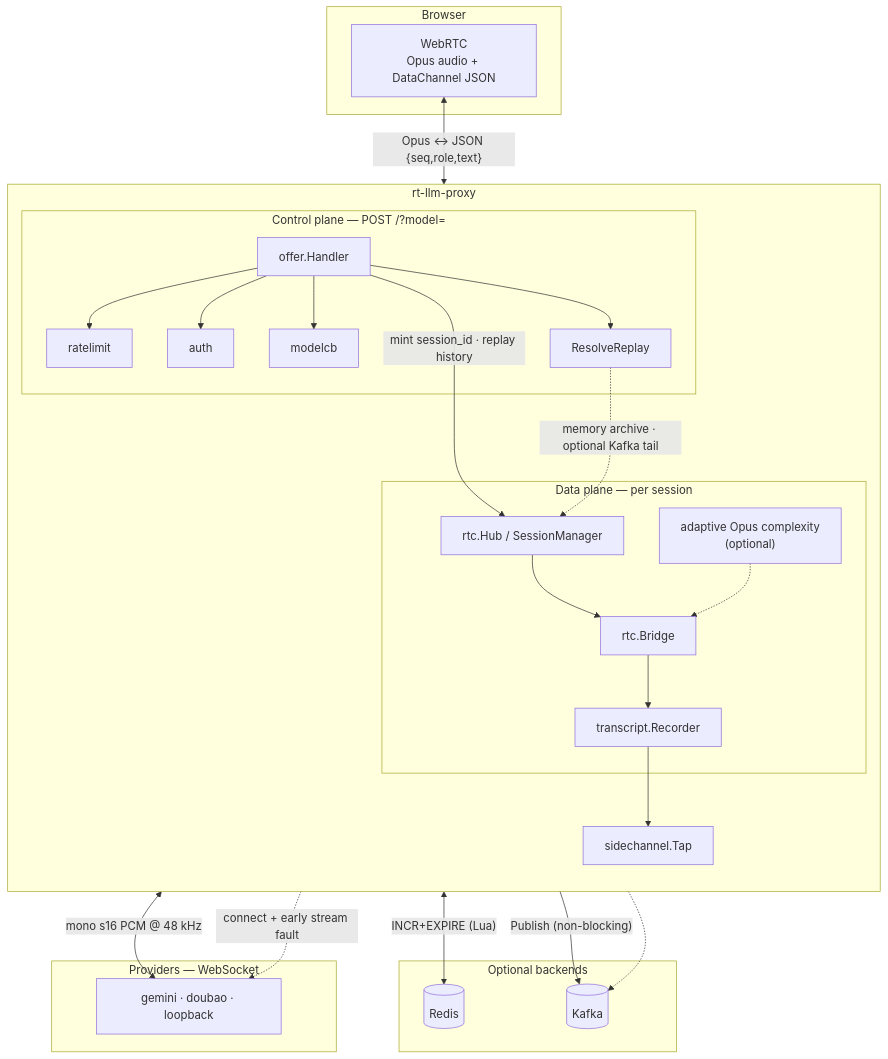
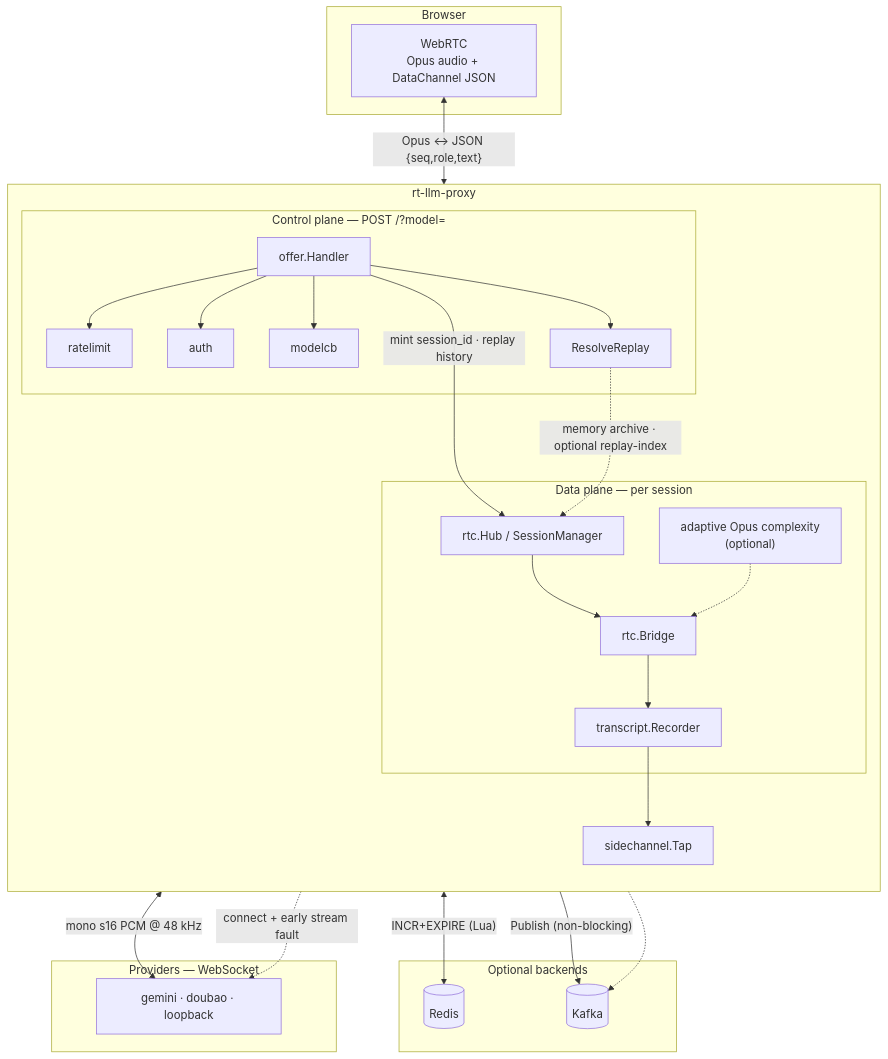
The first of 3 diagrams in docs/ARCHITECTURE.md (thinkinbig/rt_llm_proxy), drawn with Mermaid before and after one commit. The commit also changed other lines of this file and 19 other files, not shown here.

First line of the commit message:
Extract cross-node replay into a replay-index sidecar service.

````diff
--- a/docs/ARCHITECTURE.md
+++ b/docs/ARCHITECTURE.md
@@ -15,50 +15,50 @@
 ```mermaid
 flowchart TB
   subgraph browser["Browser"]
     WEB["WebRTC<br/>Opus audio + DataChannel JSON"]
   end
 
   subgraph proxy["rt-llm-proxy"]
     direction TB
     subgraph control["Control plane — POST /?model="]
       OFFER["offer.Handler"]
       RL["ratelimit"]
       AUTH["auth"]
       CB["modelcb"]
       REPLAY["ResolveReplay"]
       OFFER --> RL
       OFFER --> AUTH
       OFFER --> CB
       OFFER --> REPLAY
     end
     subgraph data["Data plane — per session"]
       HUB["rtc.Hub / SessionManager"]
       BRIDGE["rtc.Bridge"]
       REC["transcript.Recorder"]
       ADAPT["adaptive Opus complexity<br/>(optional)"]
       HUB --> BRIDGE
       BRIDGE --> REC
       ADAPT -.-> BRIDGE
     end
     OFFER -->|"mint session_id · replay history"| HUB
     TAP["sidechannel.Tap"]
     REC --> TAP
   end
 
   subgraph optional["Optional backends"]
     REDIS[("Redis")]
     KAFKA[("Kafka")]
   end
 
   subgraph upstream["Providers — WebSocket"]
     MODELS["gemini · doubao · loopback"]
   end
 
   WEB <-->|"Opus ↔ JSON {seq,role,text}"| BRIDGE
   BRIDGE <-->|"mono s16 PCM @ 48 kHz"| MODELS
   RL <-->|"INCR+EXPIRE (Lua)"| REDIS
   TAP -->|"Publish (non-blocking)"| KAFKA
-  REPLAY -.->|"memory archive · optional Kafka tail"| HUB
+  REPLAY -.->|"memory archive · optional replay-index"| HUB
   REPLAY -.-> KAFKA
   CB -.->|"connect + early stream fault"| MODELS
 ```
````
